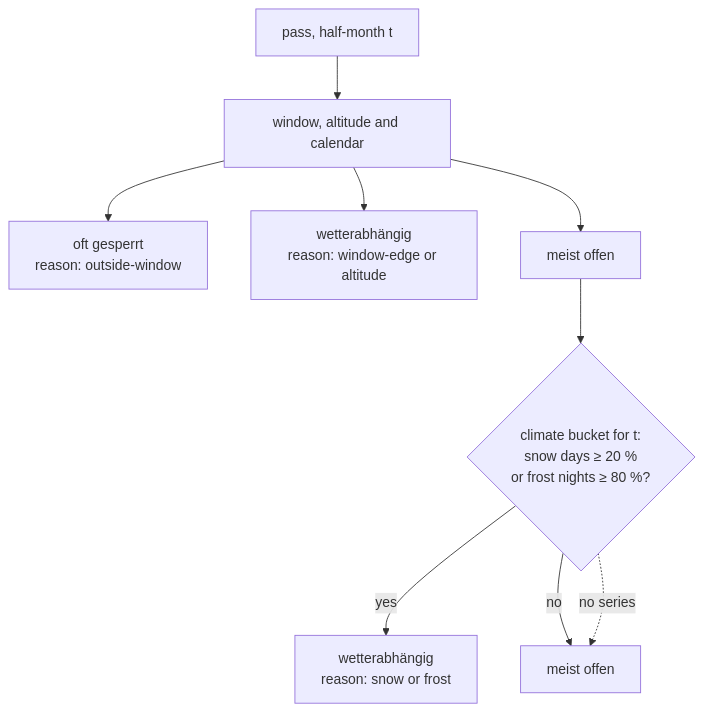
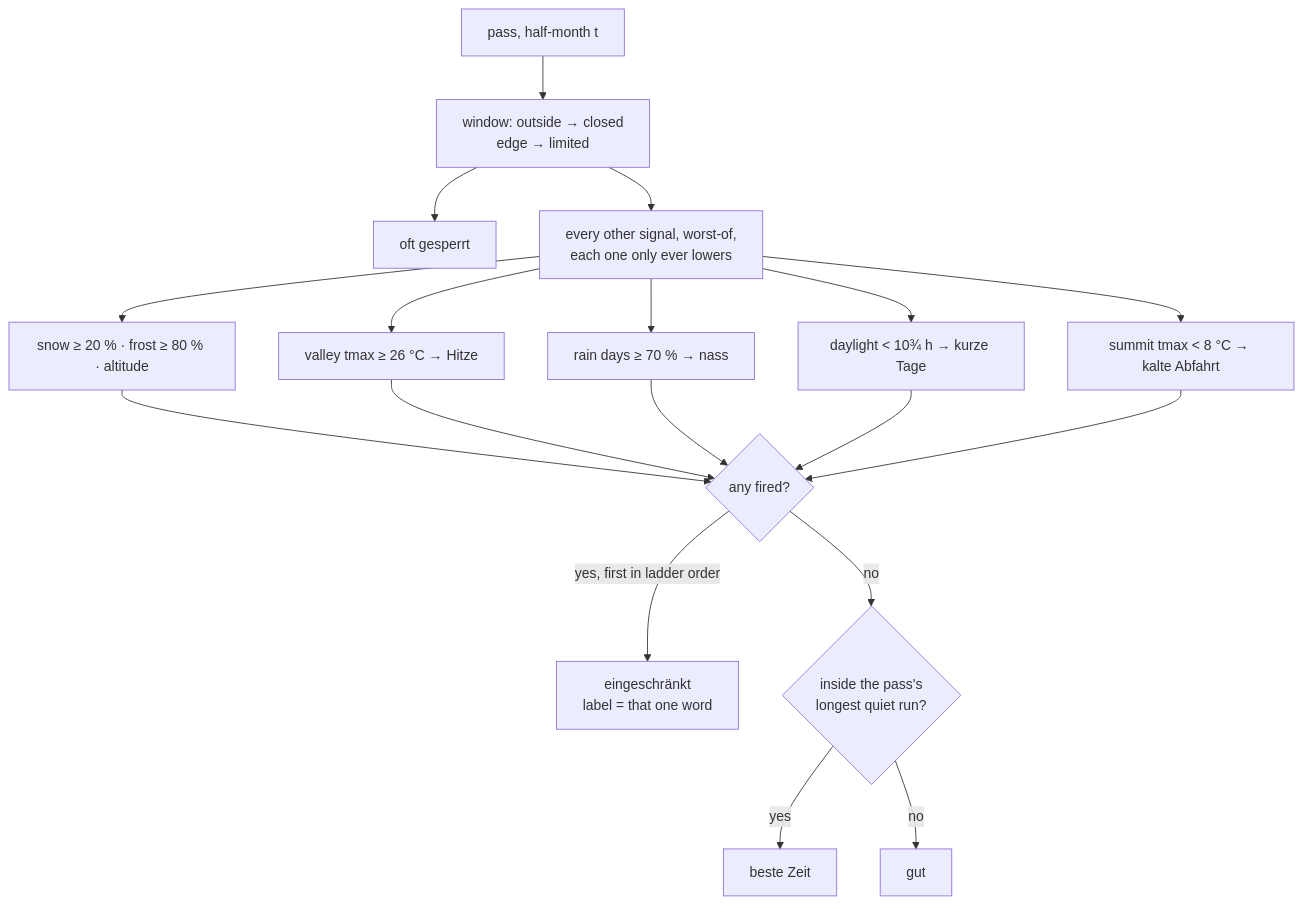
One commit to mdugue/alpen changed the diagram in docs/scales.md. Above: the diagram before and after it, drawn with Mermaid. The commit also changed other lines of this file and 31 other files, not shown here.

````diff
--- a/docs/scales.md
+++ b/docs/scales.md
@@ -38,11 +40,16 @@
 ```mermaid
 flowchart TD
-  A["pass, half-month t"] --> W["window, altitude and calendar"]
-  W --> X["oft gesperrt<br/>reason: outside-window"]
-  W --> R["wetterabhängig<br/>reason: window-edge or altitude"]
-  W --> O["meist offen"]
-  O --> K{"climate bucket for t:<br/>snow days ≥ 20 %<br/>or frost nights ≥ 80 %?"}
-  K -- "yes" --> R4["wetterabhängig<br/>reason: snow or frost"]
-  K -- "no" --> O2["meist offen"]
-  K -. "no series" .-> O2
+  A["pass, half-month t"] --> W["window: outside → closed<br/>edge → limited"]
+  W --> X["oft gesperrt"]
+  W --> S["every other signal, worst-of,<br/>each one only ever lowers"]
+  S --> S1["snow ≥ 20 % · frost ≥ 80 % · altitude"]
+  S --> S2["valley tmax ≥ 26 °C → Hitze"]
+  S --> S3["rain days ≥ 70 % → nass"]
+  S --> S4["daylight < 10¾ h → kurze Tage"]
+  S --> S5["summit tmax < 8 °C → kalte Abfahrt"]
+  S1 & S2 & S3 & S4 & S5 --> L{"any fired?"}
+  L -- "yes, first in ladder order" --> R["eingeschränkt<br/>label = that one word"]
+  L -- "no" --> G{"inside the pass's<br/>longest quiet run?"}
+  G -- "yes" --> B["beste Zeit"]
+  G -- "no" --> O["gut"]
 ```
````
